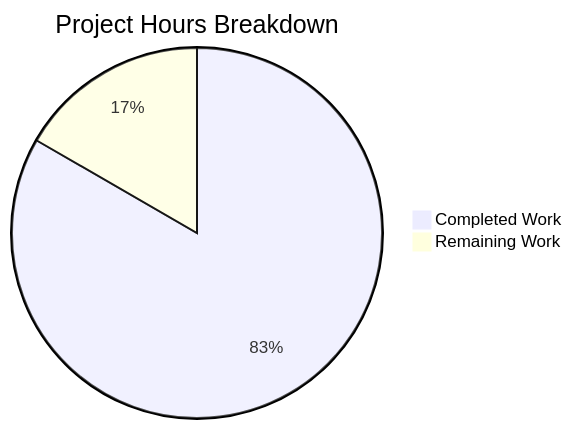
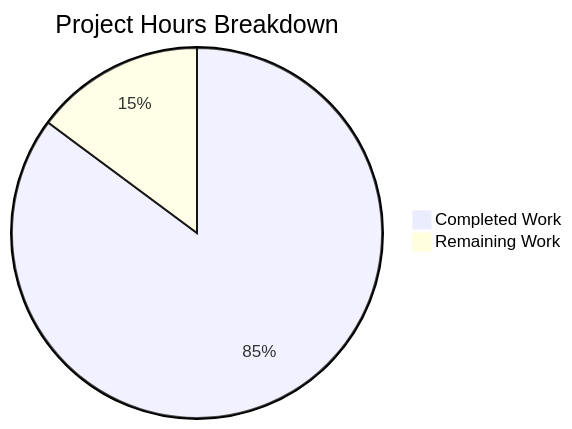
The second of 4 diagrams in blitzy/documentation/Project Guide.md (Blitzy-Sandbox/blitzy-RudderStack), drawn with Mermaid before and after one commit. The commit also changed other lines of this file, not shown here.

Commit message:
Adding Blitzy Project Guide: Project Status and Human Tasks Remaining

````diff
--- a/blitzy/documentation/Project Guide.md
+++ b/blitzy/documentation/Project Guide.md
@@ -202,5 +255,5 @@
 ```mermaid
 pie title Project Hours Breakdown
-    "Completed Work" : 105
-    "Remaining Work" : 21
+    "Completed Work" : 132
+    "Remaining Work" : 23
 ```
````
